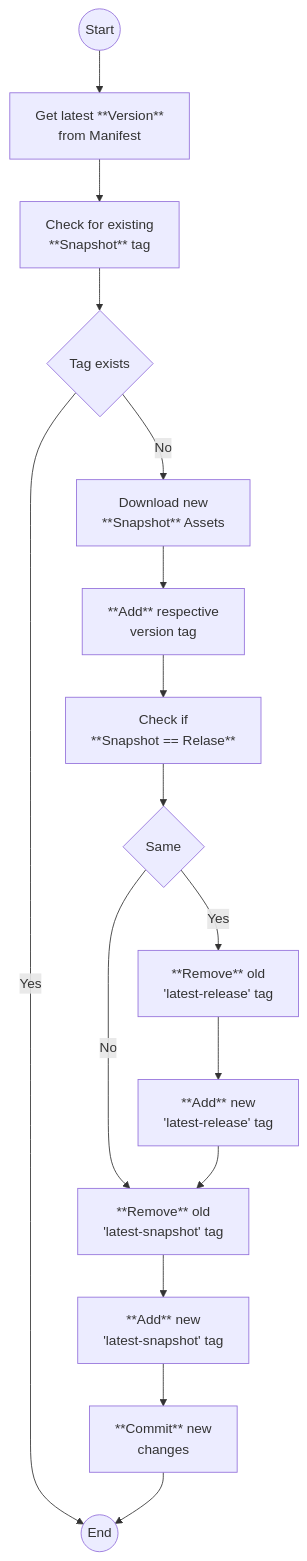
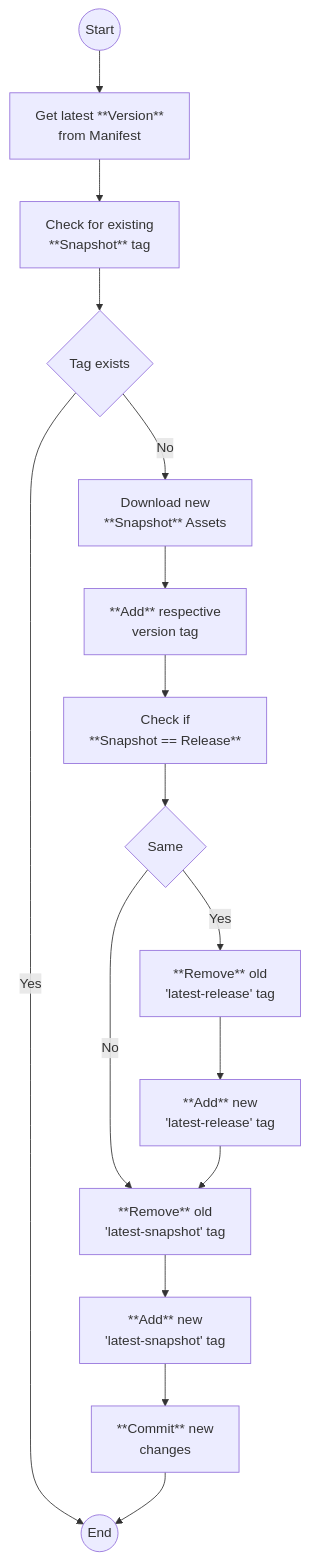
One commit to Resourcepack-Registry/default changed the diagram in README.md. Above: the diagram before and after it, drawn with Mermaid.

````diff
--- a/README.md
+++ b/README.md
@@ -12,45 +12,45 @@
 ```mermaid
 
 flowchart TD
     START((Start))
     --> 
     A[Get latest **Version**<br>from Manifest]
     --> 
     B[Check for existing<br>**Snapshot** tag]
     -->
     TAG_EXISTS{Tag exists}
     -->
     |No| TAG_EXISTS_NO-A[Download new<br>**Snapshot** Assets]
     -->
     TAG_EXISTS_NO-B[**Add** respective<br>version tag]
     -->
-    TAG_EXISTS_NO-C[Check if<br>**Snapshot == Relase**]
+    TAG_EXISTS_NO-C[Check if<br>**Snapshot == Release**]
     -->
     TAG_EXISTS_NO-SAME{Same}
     -->
     |Yes| TAG_EXISTS_NO-SAME_YES-A[**Remove** old<br>'latest-release' tag]
     -->
     TAG_EXISTS_NO-SAME_YES-B[**Add** new<br>'latest-release' tag]
     
     TAG_EXISTS_NO-SAME
     -->
     |No| TAG_EXISTS_NO-D[**Remove** old<br>'latest-release' tag]
     
     TAG_EXISTS_NO-SAME_YES-B
     -->
     TAG_EXISTS_NO-D
 
     TAG_EXISTS_NO-D[**Remove** old<br>'latest-snapshot' tag]
     -->
     TAG_EXISTS_NO-E[**Add** new<br>'latest-snapshot' tag]
     -->
     TAG_EXISTS_NO-F[**Commit** new<br>changes]
 
     TAG_EXISTS
     -->
     |Yes| END
 
     TAG_EXISTS_NO-F
     -->
     END((End))
 ```
````
